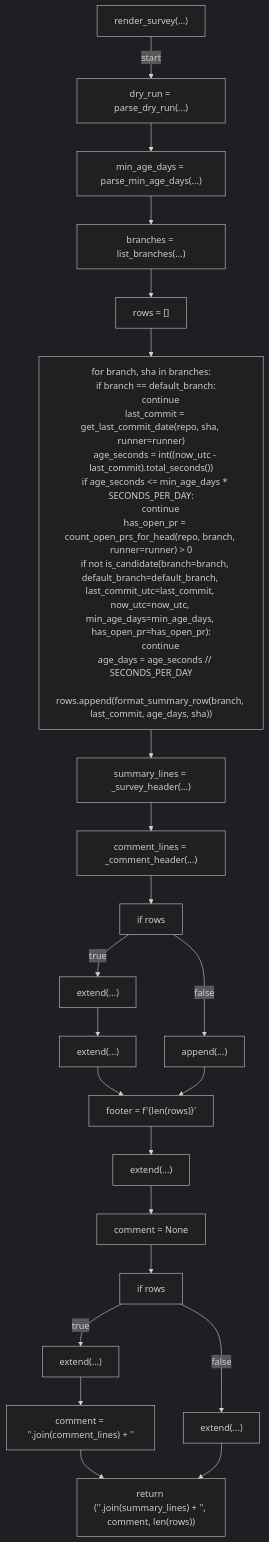
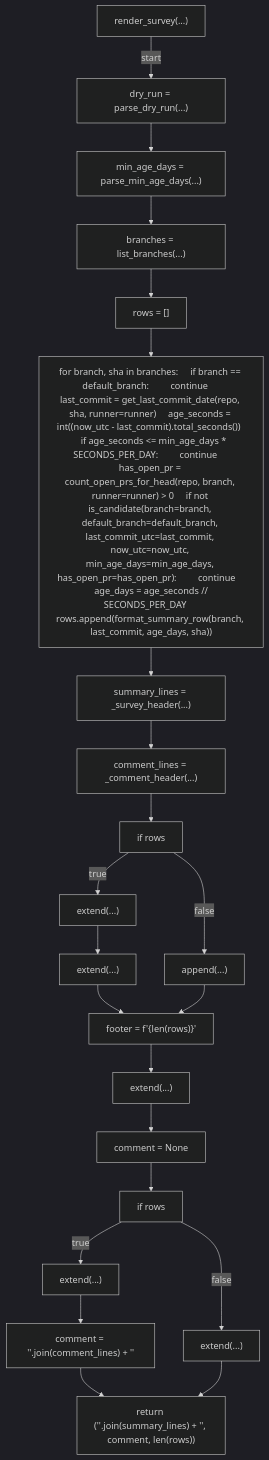
One commit to tvna/claude-md changed diagram 14 of 25 in docs/generated/scripts/ast/branch_cleanup.md. Above: the diagram before and after it, drawn with Mermaid (dark theme). The commit also changed other lines of this file and 20 other files, not shown here.

First line of the commit message:
docs(generated): regenerate decision tree and workflow diagrams (batch 1/5)

````diff
--- a/docs/generated/scripts/ast/branch_cleanup.md
+++ b/docs/generated/scripts/ast/branch_cleanup.md
@@ -202,55 +192,44 @@
 ```mermaid
 flowchart TD
     N001["render_survey(...)"]
     N002["dry_run = parse_dry_run(...)"]
     N003["min_age_days = parse_min_age_days(...)"]
     N004["branches = list_branches(...)"]
     N005["rows = []"]
-    N006["for branch, sha in branches:
-    if branch == default_branch:
-        continue
-    last_commit = get_last_commit_date(repo, sha, runner=runner)
-    age_seconds = int((now_utc - last_commit).total_seconds())
-    if age_seconds <= min_age_days * SECONDS_PER_DAY:
-        continue
-    has_open_pr = count_open_prs_for_head(repo, branch, runner=runner) > 0
-    if not is_candidate(branch=branch, default_branch=default_branch, last_commit_utc=last_commit, now_utc=now_utc, min_age_days=min_age_days, has_open_pr=has_open_pr):
-        continue
-    age_days = age_seconds // SECONDS_PER_DAY
-    rows.append(format_summary_row(branch, last_commit, age_days, sha))"]
+    N006["for branch, sha in branches:     if branch == default_branch:         continue     last_commit = get_last_commit_date(repo, sha, runner=runner)     age_seconds = int((now_utc - last_commit).total_seconds())     if age_seconds <= min_age_days * SECONDS_PER_DAY:         continue     has_open_pr = count_open_prs_for_head(repo, branch, runner=runner) > 0     if not is_candidate(branch=branch, default_branch=default_branch, last_commit_utc=last_commit, now_utc=now_utc, min_age_days=min_age_days, has_open_pr=has_open_pr):         continue     age_days = age_seconds // SECONDS_PER_DAY     rows.append(format_summary_row(branch, last_commit, age_days, sha))"]
     N007["summary_lines = _survey_header(...)"]
     N008["comment_lines = _comment_header(...)"]
     N009["if rows"]
     N010["extend(...)"]
     N011["extend(...)"]
     N012["append(...)"]
     N013["footer = f'<str>{len(rows)}<str>'"]
     N014["extend(...)"]
     N015["comment = None"]
     N016["if rows"]
     N017["extend(...)"]
     N018["comment = '<str>'.join(comment_lines) + '<str>'"]
     N019["extend(...)"]
     N020["return ('<str>'.join(summary_lines) + '<str>', comment, len(rows))"]
     N001 -->|"start"| N002
     N002 --> N003
     N003 --> N004
     N004 --> N005
     N005 --> N006
     N006 --> N007
     N007 --> N008
     N008 --> N009
     N009 -->|"true"| N010
     N010 --> N011
     N009 -->|"false"| N012
     N011 --> N013
     N012 --> N013
     N013 --> N014
     N014 --> N015
     N015 --> N016
     N016 -->|"true"| N017
     N017 --> N018
     N016 -->|"false"| N019
     N018 --> N020
     N019 --> N020
 ```
````
